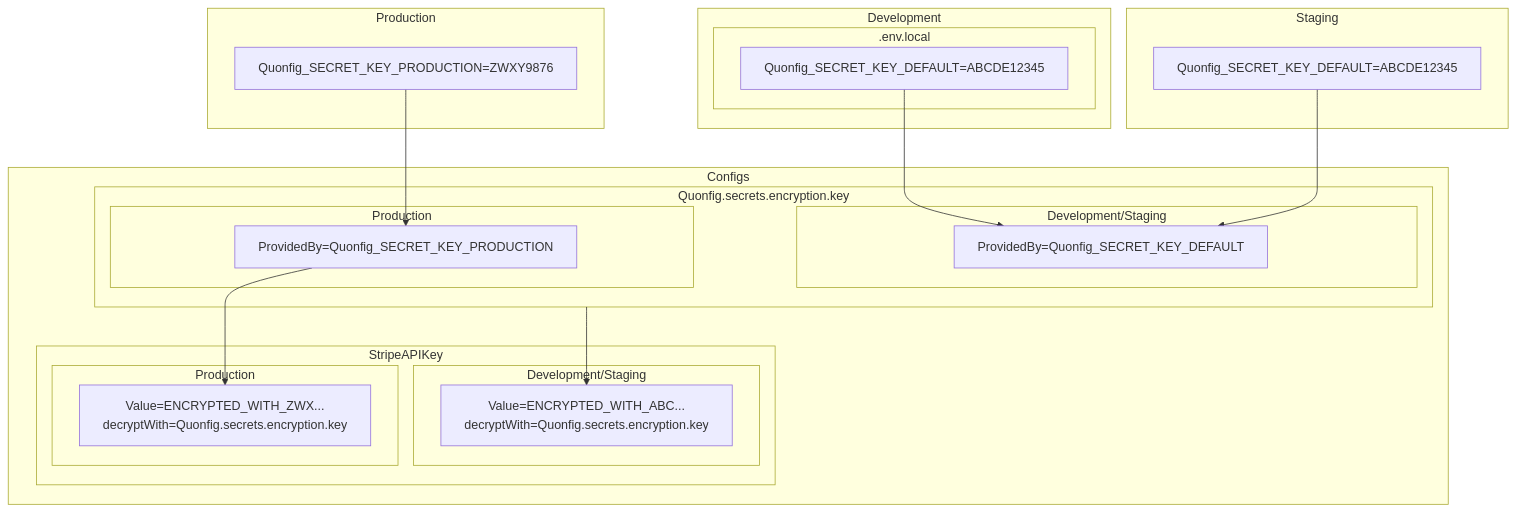
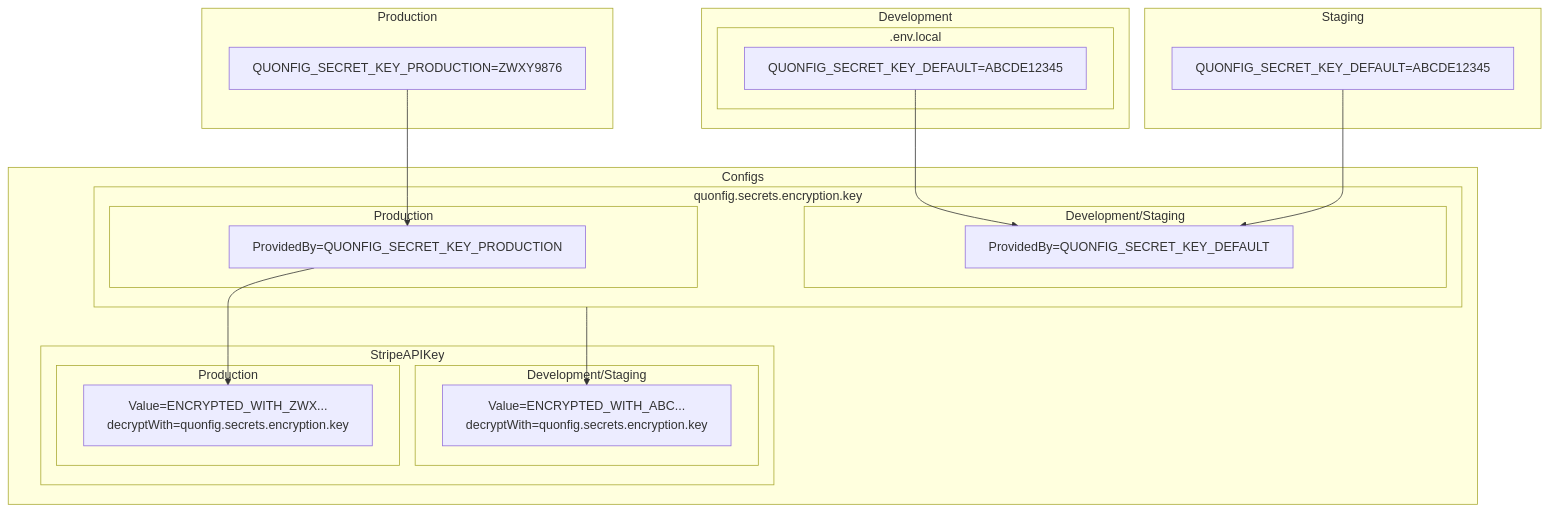
The third of 3 diagrams in docs/explanations/features/secret-management.md (quonfig/docs), drawn with Mermaid before and after one commit. The commit also changed other lines of this file, not shown here.

First line of the commit message:
docs(secrets): fix CLI command names and casing

````diff
--- a/docs/explanations/features/secret-management.md
+++ b/docs/explanations/features/secret-management.md
@@ -192,37 +192,37 @@
 ```mermaid
 graph
   subgraph Configs
     subgraph StripeAPIKey
       subgraph DevS[Development/Staging]
-        s[Value=ENCRYPTED_WITH_ABC...<br/>decryptWith=Quonfig.secrets.encryption.key]
+        s[Value=ENCRYPTED_WITH_ABC...<br/>decryptWith=quonfig.secrets.encryption.key]
       end
       subgraph ProdS[Production]
-        s2[Value=ENCRYPTED_WITH_ZWX...<br/>decryptWith=Quonfig.secrets.encryption.key]
+        s2[Value=ENCRYPTED_WITH_ZWX...<br/>decryptWith=quonfig.secrets.encryption.key]
       end
     end
-    subgraph pk[Quonfig.secrets.encryption.key]
+    subgraph pk[quonfig.secrets.encryption.key]
       subgraph Dev[Development/Staging]
-        e[ProvidedBy=Quonfig_SECRET_KEY_DEFAULT]
+        e[ProvidedBy=QUONFIG_SECRET_KEY_DEFAULT]
       end
       subgraph Production
-        p[ProvidedBy=Quonfig_SECRET_KEY_PRODUCTION]
+        p[ProvidedBy=QUONFIG_SECRET_KEY_PRODUCTION]
       end
     end
   end
   subgraph Development
       subgraph .env.local
-        ev[Quonfig_SECRET_KEY_DEFAULT=ABCDE12345]
+        ev[QUONFIG_SECRET_KEY_DEFAULT=ABCDE12345]
       end
   end
   subgraph Staging
-      sv[Quonfig_SECRET_KEY_DEFAULT=ABCDE12345]
+      sv[QUONFIG_SECRET_KEY_DEFAULT=ABCDE12345]
   end
   subgraph ProductionEnv[Production]
-    pv[Quonfig_SECRET_KEY_PRODUCTION=ZWXY9876]
+    pv[QUONFIG_SECRET_KEY_PRODUCTION=ZWXY9876]
   end
   ev-->e
   pv-->p
   sv-->e
   pk-->s
   p-->s2
 ```
````
